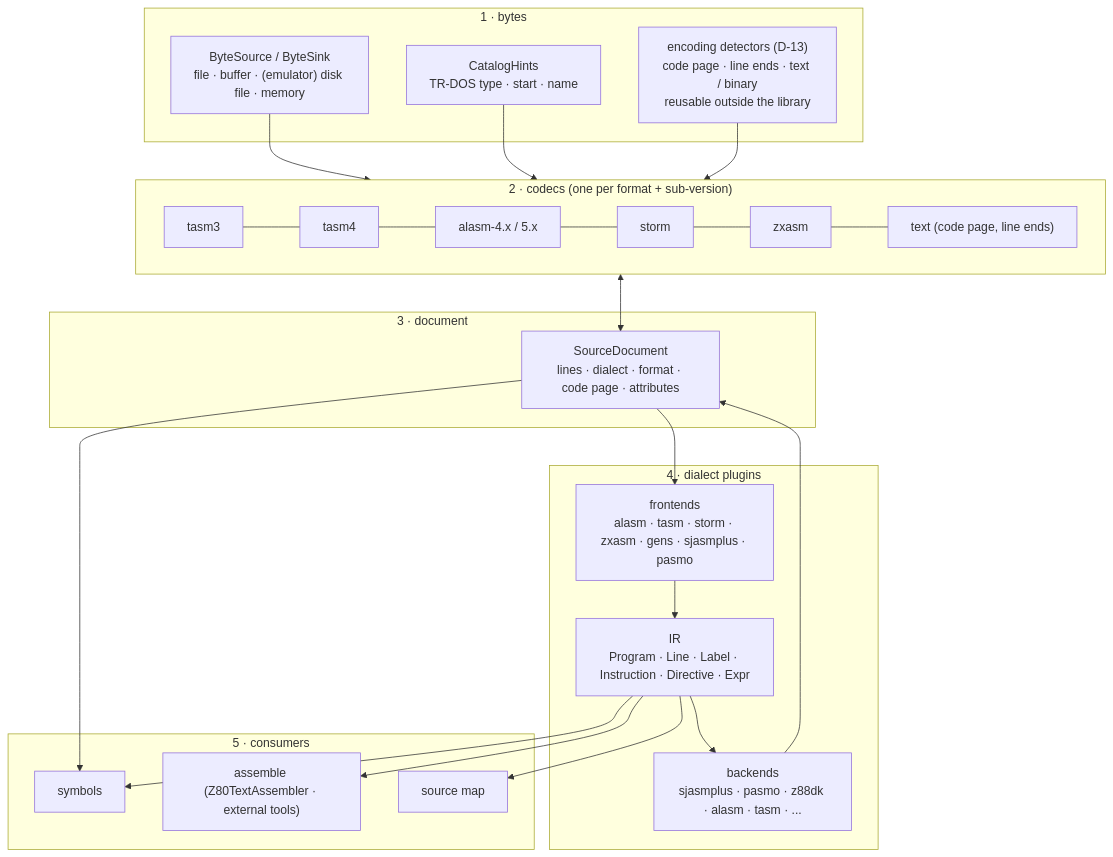
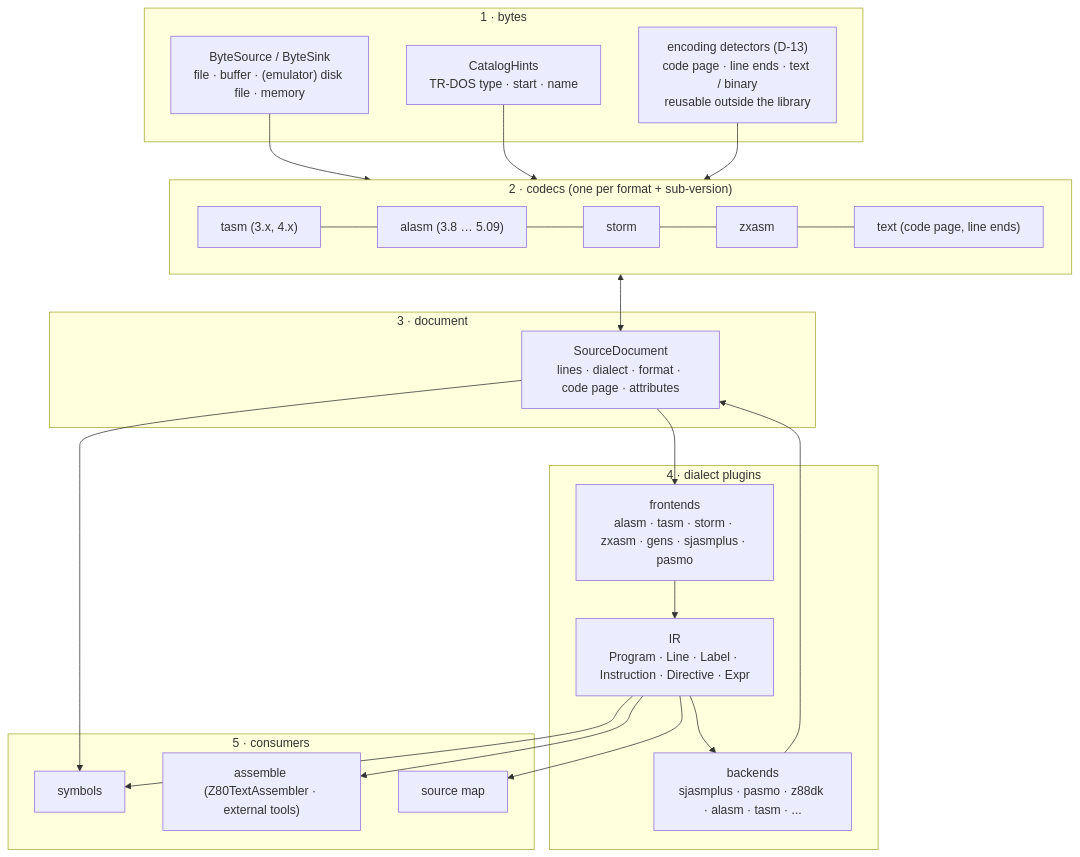
One commit to alfishe/unreal-ng changed the first of 9 diagrams in docs/inprogress/2026-10-05-unreal-asm/architecture.md. Above: the diagram before and after it, drawn with Mermaid. The commit also changed other lines of this file and 47 other files, not shown here.

````diff
--- a/docs/inprogress/2026-10-05-unreal-asm/architecture.md
+++ b/docs/inprogress/2026-10-05-unreal-asm/architecture.md
@@ -21,31 +21,31 @@
 ```mermaid
 flowchart TB
     subgraph L1["1 · bytes"]
         BS["ByteSource / ByteSink<br/>file · buffer · (emulator) disk file · memory"]
         CH["CatalogHints<br/>TR-DOS type · start · name"]
         EN["encoding detectors (D-13)<br/>code page · line ends · text / binary<br/>reusable outside the library"]
     end
     subgraph L2["2 · codecs (one per format + sub-version)"]
-        C1["tasm3"] --- C2["tasm4"] --- C3["alasm-4.x / 5.x"] --- C4["storm"] --- C5["zxasm"] --- C6["text (code page, line ends)"]
+        C1["tasm (3.x, 4.x)"] --- C3["alasm (3.8 … 5.09)"] --- C4["storm"] --- C5["zxasm"] --- C6["text (code page, line ends)"]
     end
     subgraph L3["3 · document"]
         SD["SourceDocument<br/>lines · dialect · format · code page · attributes"]
     end
     subgraph L4["4 · dialect plugins"]
         FE["frontends<br/>alasm · tasm · storm · zxasm · gens · sjasmplus · pasmo"]
         IR["IR<br/>Program · Line · Label · Instruction · Directive · Expr"]
         BE["backends<br/>sjasmplus · pasmo · z88dk · alasm · tasm · ..."]
     end
     subgraph L5["5 · consumers"]
         SY["symbols"]
         ASM["assemble (Z80TextAssembler · external tools)"]
         SM["source map"]
     end
     BS --> L2
     CH --> L2
     EN --> L2
     L2 <--> SD
     SD --> FE --> IR --> BE --> SD
     IR --> SY & ASM & SM
     SD --> SY
 ```
````
